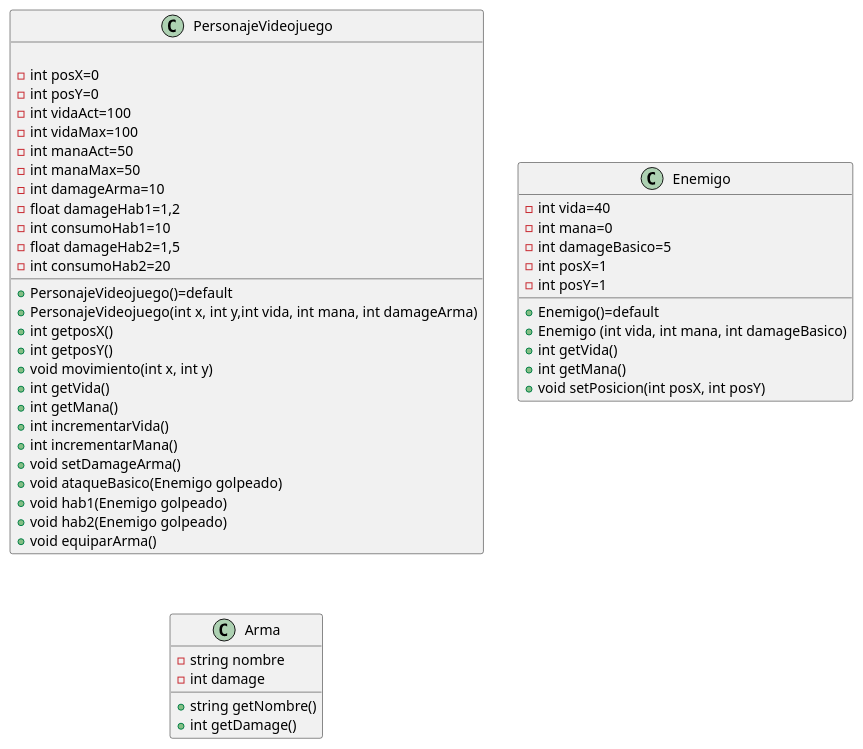
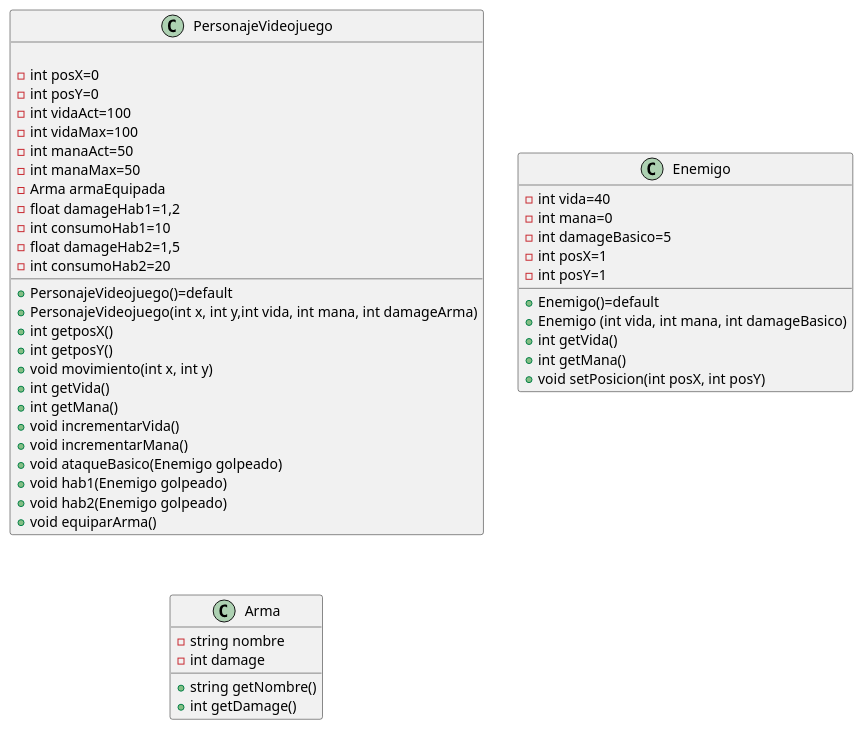
One commit to Krixtalx/expert-eureka changed the diagram in expert-eureka/Diagrama base.puml. Above: the diagram before and after it, drawn with PlantUML. The commit also changed 4 other files, not shown here.

```diff
--- a/expert-eureka/Diagrama base.puml
+++ b/expert-eureka/Diagrama base.puml
@@ -1,54 +1,53 @@
 @startuml
 
 class PersonajeVideojuego{
 
     +PersonajeVideojuego()=default
     +PersonajeVideojuego(int x, int y,int vida, int mana, int damageArma)
     +int getposX()
     +int getposY()
     +void movimiento(int x, int y)
     +int getVida()
     +int getMana()
-    +int incrementarVida()
-    +int incrementarMana()
-    +void setDamageArma()
+    +void incrementarVida()
+    +void incrementarMana()
     +void ataqueBasico(Enemigo golpeado)
     +void hab1(Enemigo golpeado)
     +void hab2(Enemigo golpeado)
     +void equiparArma()
     
     -int posX=0
     -int posY=0
     -int vidaAct=100
     -int vidaMax=100
     -int manaAct=50
     -int manaMax=50
-    -int damageArma=10
+    -Arma armaEquipada
     -float damageHab1=1,2
     -int consumoHab1=10
     -float damageHab2=1,5
     -int consumoHab2=20
 }
 
 class Enemigo{
     +Enemigo()=default
     +Enemigo (int vida, int mana, int damageBasico)
     +int getVida()
     +int getMana()
     +void setPosicion(int posX, int posY)
 
     -int vida=40
     -int mana=0
     -int damageBasico=5
     -int posX=1
     -int posY=1
 }
 
 class Arma{
     +string getNombre()
     +int getDamage()
     -string nombre
     -int damage
 }
 
 @enduml
```
